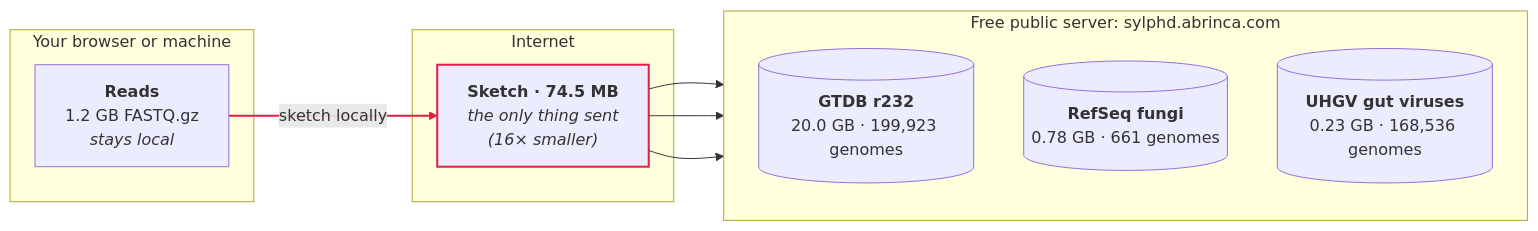
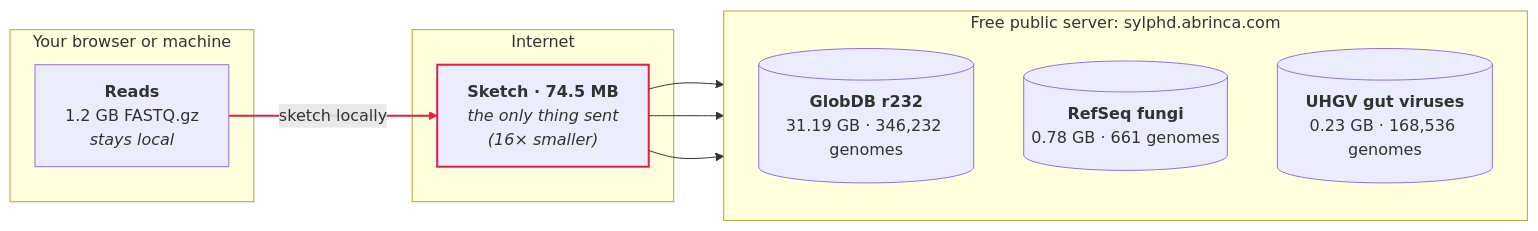
One commit to Abrinca/sylphd changed the second of 2 diagrams in README.md. Above: the diagram before and after it, drawn with Mermaid. The commit also changed other lines of this file and 15 other files, not shown here.

Commit message:
Switch the public server's user-facing text to GlobDB r232: figure, citations, terms, GlobDB-only genome links

````diff
--- a/README.md
+++ b/README.md
@@ -57,25 +57,25 @@
 ```mermaid
 flowchart LR
     subgraph local["Your browser or machine"]
         R["<b>Reads</b><br/>1.2 GB FASTQ.gz<br/><i>stays local</i>"]
     end
 
     subgraph wire["Internet"]
         S["<b>Sketch · 74.5 MB</b><br/><i>the only thing sent<br/>(16× smaller)</i>"]
     end
 
     subgraph srv["Free public server: sylphd.abrinca.com"]
         direction TB
-        DB1[("<b>GTDB r232</b><br/>20.0 GB · 199,923 genomes")]
+        DB1[("<b>GlobDB r232</b><br/>31.19 GB · 346,232 genomes")]
         DB2[("<b>RefSeq fungi</b><br/>0.78 GB · 661 genomes")]
         DB3[("<b>UHGV gut viruses</b><br/>0.23 GB · 168,536 genomes")]
     end
 
     R -->|"sketch locally"| S
     S --> DB1
     S --> DB2
     S --> DB3
 
     style S stroke:#e11d48,stroke-width:2px
     linkStyle 0 stroke:#e11d48,stroke-width:2px
 ```
````
